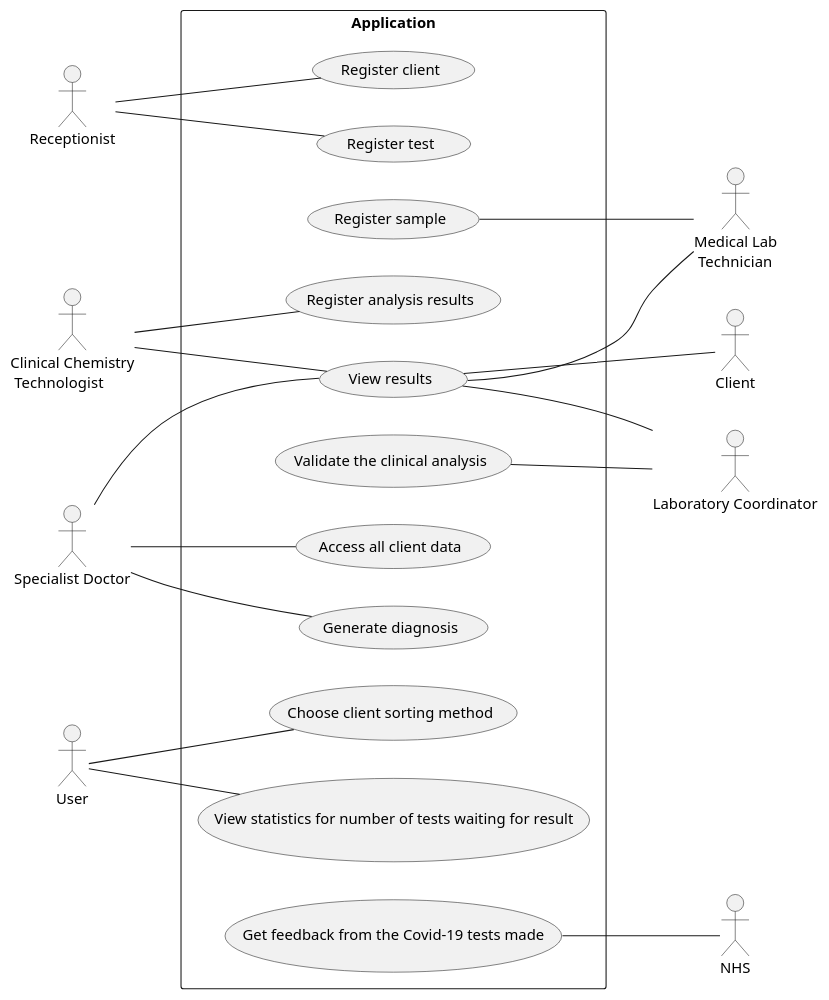
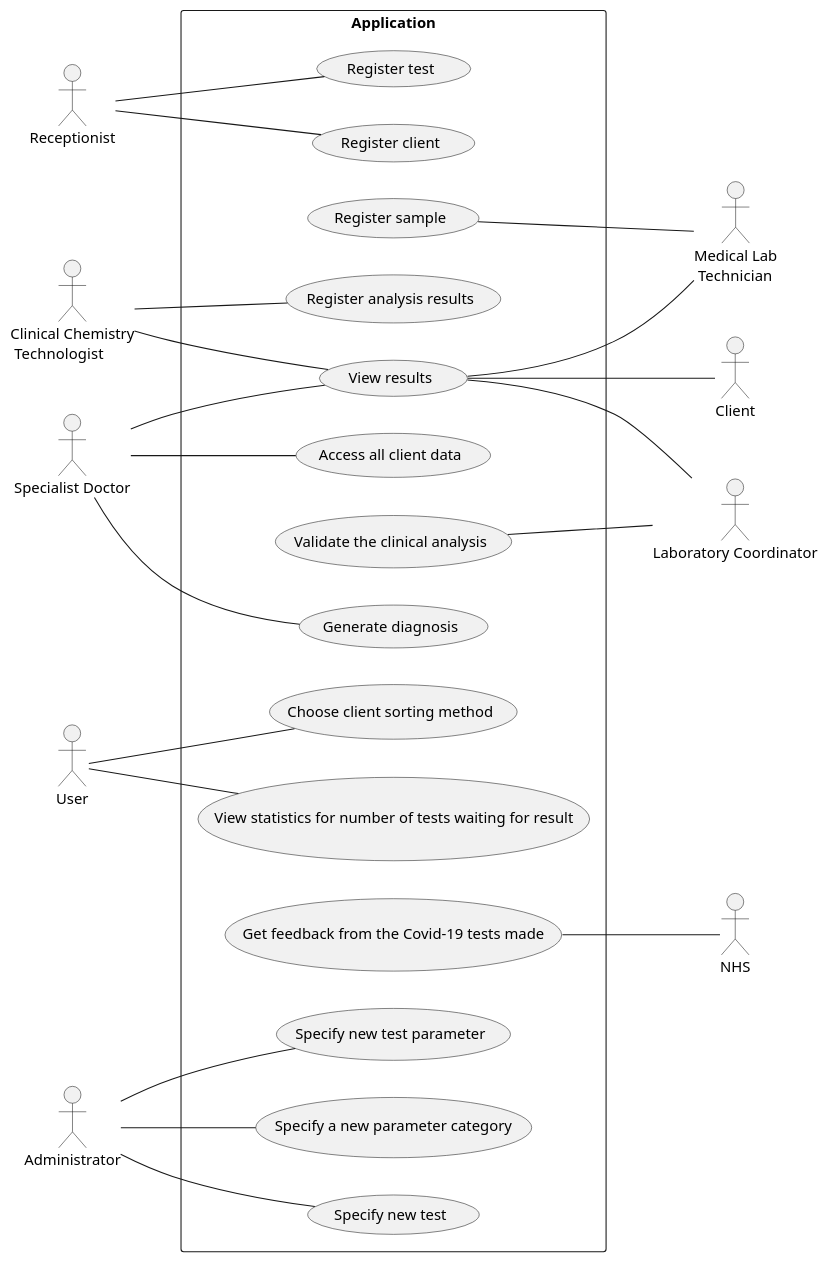
Before and after one commit to MadDinosaur/ISEP-LAPR2: the diagram in docs/SprintA/UCD.puml, drawn with PlantUML. The commit also changed 2 other files, not shown here.

Commit message:
Updated Use Case Diagram with examples from TP02.

```diff
--- a/docs/SprintA/UCD.puml
+++ b/docs/SprintA/UCD.puml
@@ -1,46 +1,53 @@
 @startuml
 'https://plantuml.com/use-case-diagram
 
 left to right direction
 skinparam packageStyle rectangle
 'Actors
 :Receptionist:
 :Medical Lab\n Technician: as MLT
 :Clinical Chemistry\n Technologist: as CCT
 :Specialist Doctor: as Doctor
 :Laboratory Coordinator: as LC
 :User:
 :Client:
 :NHS:
+:Administrator:
 
 package Application {
     (Register test) as UC1
     (Register client) as UC2
     (Register sample) as UC3
     (Register analysis results) as UC4
     (Generate diagnosis) as UC5
     (Choose client sorting method) as UC6
     (Validate the clinical analysis) as UC7
     (View results) as UC8
     (View statistics for number of tests waiting for result) as UC9
     (Access all client data) as UC10
     (Get feedback from the Covid-19 tests made) as UC11
+    (Specify new test) as UC12
+    (Specify new test parameter) as UC13
+    (Specify a new parameter category) as UC14
 }
 
 'Use Cases
 Receptionist -- UC1
 Receptionist -- UC2
 UC3 -- MLT
 CCT -- UC4
 Doctor -- UC5
 User -- UC6
 UC7 -- LC
 UC8 -- Client
 UC8 -- MLT
 CCT -- UC8
 UC8 -- LC
 Doctor -- UC8
 User -- UC9
 Doctor -- UC10
 UC11 -- NHS
+Administrator -- UC12
+Administrator -- UC13
+Administrator -- UC14
 @enduml
```
